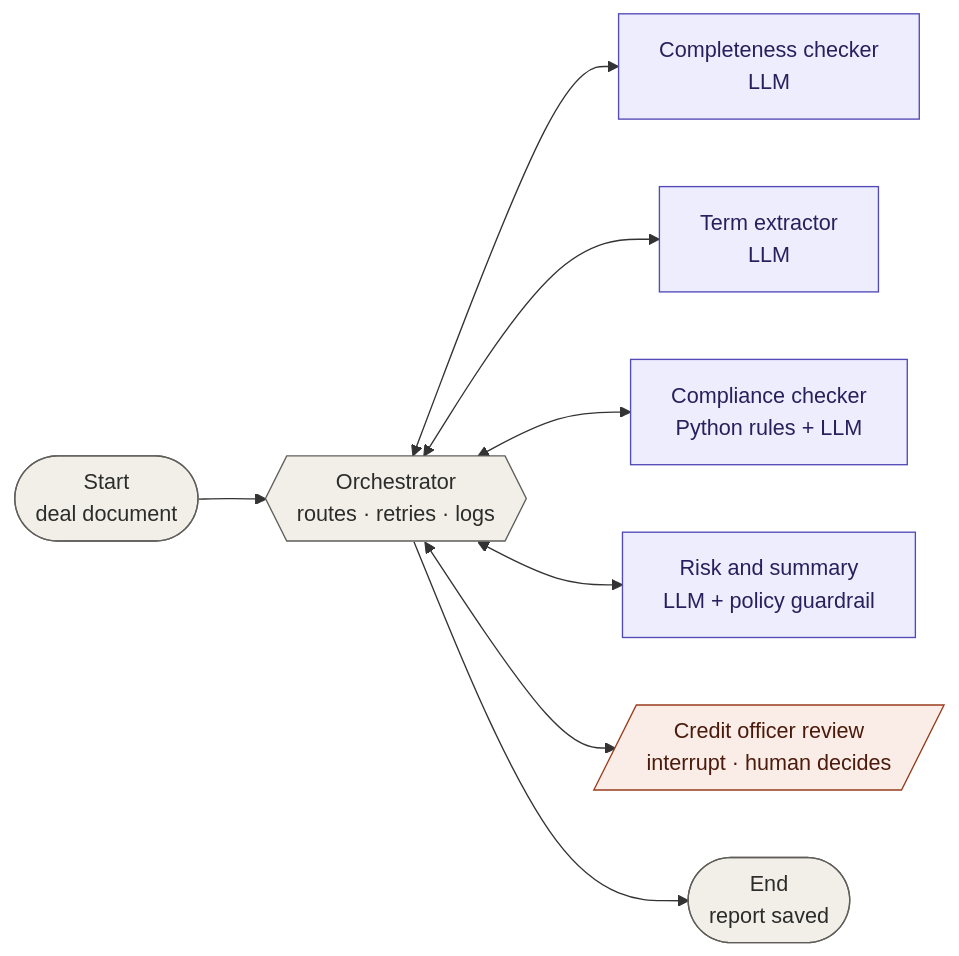
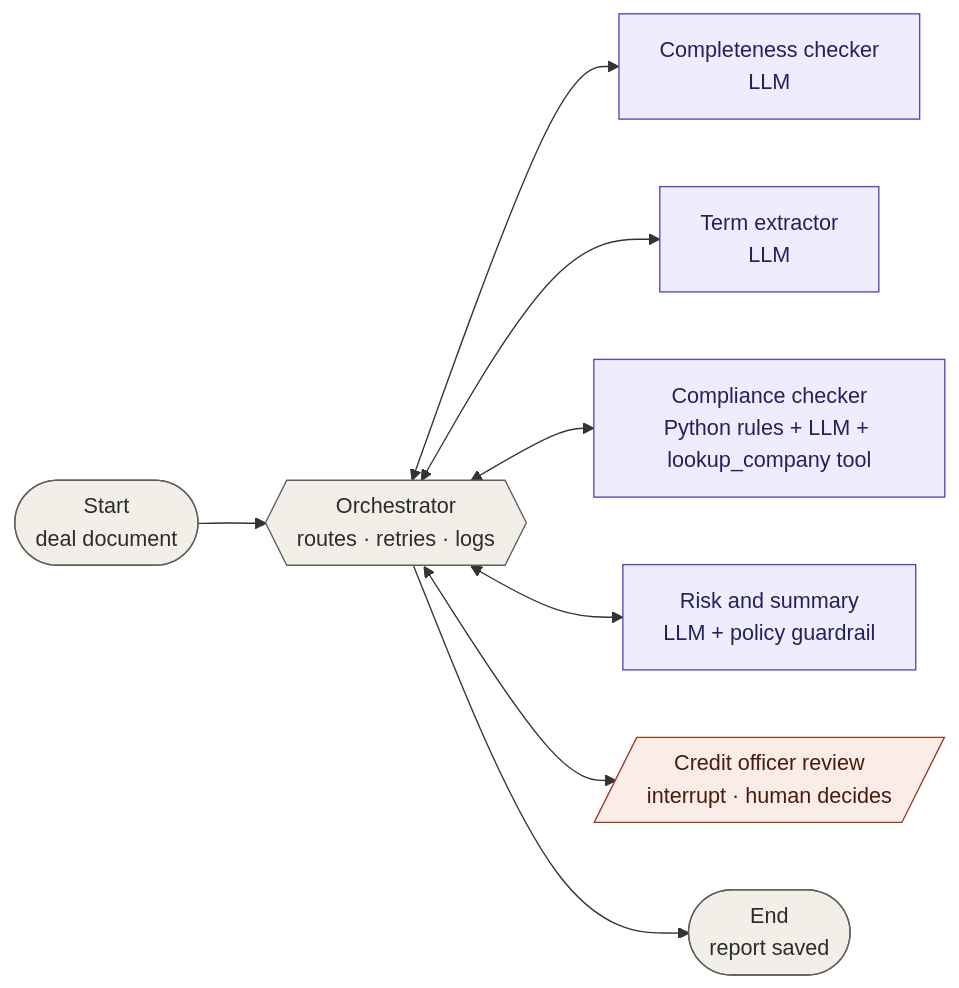
Before and after one commit to leenakalani28/loan-underwriting-agents: the first of 2 diagrams in README.md, drawn with Mermaid. The commit also changed other lines of this file, not shown here.

Commit message:
Registry tool, fourth deal, refreshed docs and outputs

````diff
--- a/README.md
+++ b/README.md
@@ -69,19 +69,19 @@
 ```mermaid
 flowchart LR
     START([Start<br/>deal document]) --> O{{Orchestrator<br/>routes · retries · logs}}
 
     O <--> C[Completeness checker<br/>LLM]
     O <--> E[Term extractor<br/>LLM]
-    O <--> P[Compliance checker<br/>Python rules + LLM]
+    O <--> P[Compliance checker<br/>Python rules + LLM + lookup_company tool]
     O <--> R[Risk and summary<br/>LLM + policy guardrail]
     O <--> H[/Credit officer review<br/>interrupt · human decides/]
 
     O --> END([End<br/>report saved])
 
     classDef ai fill:#EEEDFE,stroke:#534AB7,color:#26215C
     classDef human fill:#FAECE7,stroke:#993C1D,color:#4A1B0C
     classDef route fill:#F1EFE8,stroke:#5F5E5A,color:#2C2C2A
     class C,E,P,R ai
     class H human
     class O,START,END route
 ```
````
